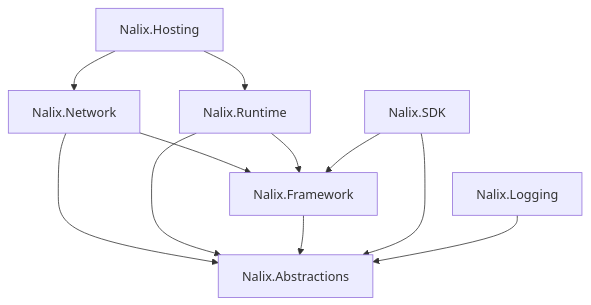
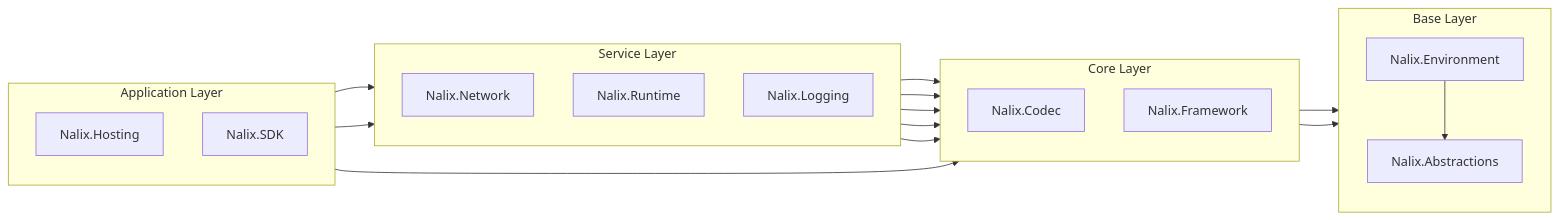
Before and after one commit to ppn-systems/Nalix: the diagram in docs/installation.md, drawn with Mermaid. The commit also changed 252 other files, not shown here.

````diff
--- a/docs/installation.md
+++ b/docs/installation.md
@@ -112,13 +112,41 @@
 ```mermaid
-graph TD
-    Hosting["Nalix.Hosting"] --> Network["Nalix.Network"]
-    Hosting --> Runtime["Nalix.Runtime"]
-    Network --> Framework["Nalix.Framework"]
-    Network --> Common["Nalix.Abstractions"]
+flowchart LR
+    subgraph App ["Application Layer"]
+        direction TB
+        Hosting["Nalix.Hosting"]
+        SDK["Nalix.SDK"]
+    end
+
+    subgraph Svc ["Service Layer"]
+        direction TB
+        Network["Nalix.Network"]
+        Runtime["Nalix.Runtime"]
+        Logging["Nalix.Logging"]
+    end
+
+    subgraph Core ["Core Layer"]
+        direction TB
+        Codec["Nalix.Codec"]
+        Framework["Nalix.Framework"]
+    end
+
+    subgraph Base ["Base Layer"]
+        direction TB
+        Env["Nalix.Environment"]
+        Common["Nalix.Abstractions"]
+    end
+
+    Hosting --> Network
+    Hosting --> Runtime
+    SDK --> Codec
+
+    Network --> Codec
+    Network --> Framework
+    Runtime --> Codec
     Runtime --> Framework
-    Runtime --> Common
-    Framework --> Common
-    SDK["Nalix.SDK"] --> Framework
-    SDK --> Common
-    Logging["Nalix.Logging"] --> Common
+    Logging --> Framework
+
+    Codec --> Env
+    Framework --> Env
+    Env --> Common
 ```
````
